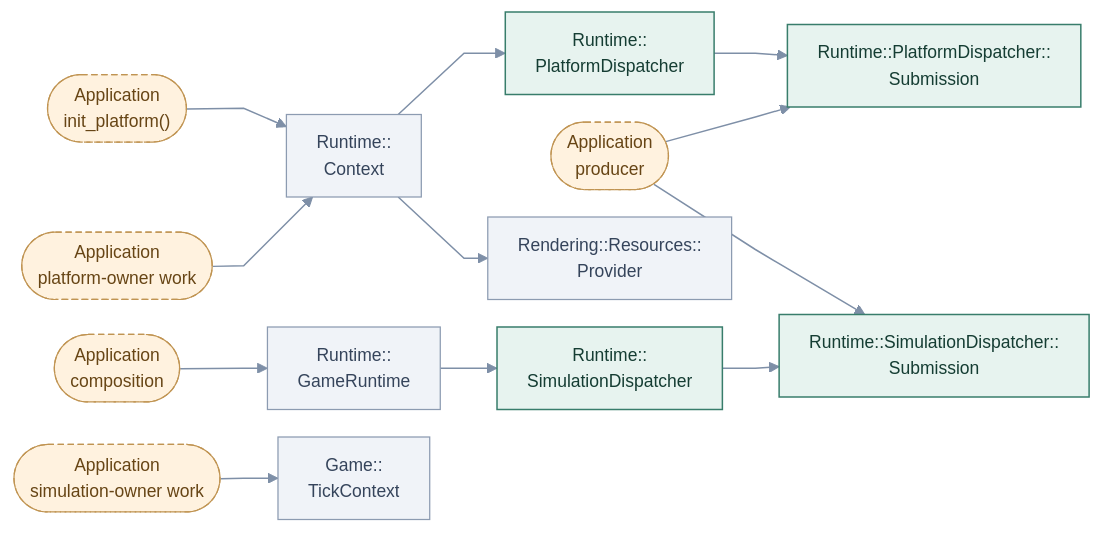
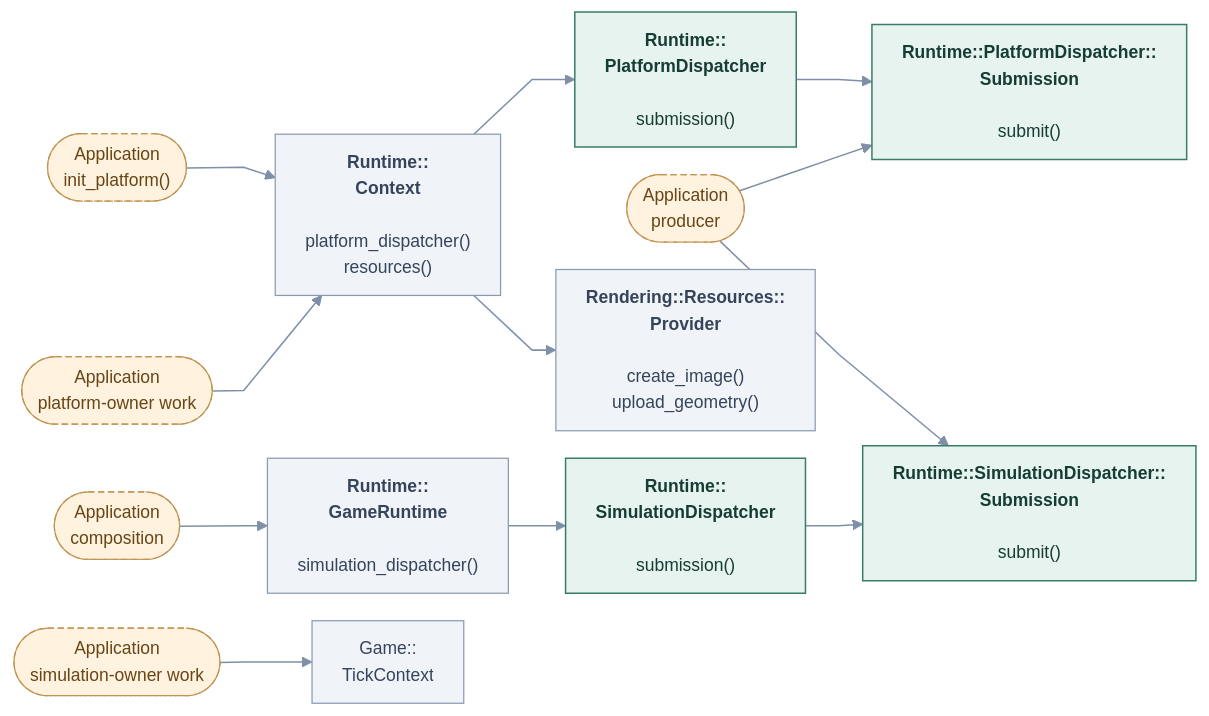
One commit to cppcooper/cheryl-engine changed the diagram in docs/site/engine-systems/diagrams/dispatch-application.mmd. Above: the diagram before and after it, drawn with Mermaid. The commit also changed 25 other files, not shown here.

First line of the commit message:
Adds public method entry points to application diagrams

```diff
--- a/docs/site/engine-systems/diagrams/dispatch-application.mmd
+++ b/docs/site/engine-systems/diagrams/dispatch-application.mmd
@@ -1,45 +1,45 @@
 ---
 config:
   theme: base
   themeVariables:
     fontFamily: system-ui, sans-serif
     fontSize: 14px
   flowchart:
     htmlLabels: true
     curve: linear
     nodeSpacing: 22
     rankSpacing: 38
     padding: 12
 ---
 flowchart LR
     accTitle: Dispatch · application owner requests
-    accDescr: Arrows point toward dependencies. Application roles are rounded; named API operations have rounded corners. Dashed arrows mark optional choices.
+    accDescr: Arrows point toward the API or type used, not call order or data flow. Methods beneath type names are selected application entry points; Implement hooks marks engine-invoked overrides. Dashed arrows mark optional choices.
     k0(["Application<br/>init_platform()"]):::app
-    k1["Runtime::<br/>Context"]:::neighbor
-    k2["Runtime::<br/>PlatformDispatcher"]:::focal
-    k3["Runtime::PlatformDispatcher::<br/>Submission"]:::focal
+    k1["<b>Runtime::<br/>Context</b><br/><br/>platform_dispatcher()<br/>resources()"]:::neighbor
+    k2["<b>Runtime::<br/>PlatformDispatcher</b><br/><br/>submission()"]:::focal
+    k3["<b>Runtime::PlatformDispatcher::<br/>Submission</b><br/><br/>submit()"]:::focal
     k4(["Application<br/>producer"]):::app
     k5(["Application<br/>platform-owner work"]):::app
-    k6["Rendering::Resources::<br/>Provider"]:::neighbor
+    k6["<b>Rendering::Resources::<br/>Provider</b><br/><br/>create_image()<br/>upload_geometry()"]:::neighbor
     k7(["Application<br/>composition"]):::app
-    k8["Runtime::<br/>GameRuntime"]:::neighbor
-    k9["Runtime::<br/>SimulationDispatcher"]:::focal
-    k10["Runtime::SimulationDispatcher::<br/>Submission"]:::focal
+    k8["<b>Runtime::<br/>GameRuntime</b><br/><br/>simulation_dispatcher()"]:::neighbor
+    k9["<b>Runtime::<br/>SimulationDispatcher</b><br/><br/>submission()"]:::focal
+    k10["<b>Runtime::SimulationDispatcher::<br/>Submission</b><br/><br/>submit()"]:::focal
     k11(["Application<br/>simulation-owner work"]):::app
     k12["Game::<br/>TickContext"]:::neighbor
     k0 --> k1
     k1 --> k2
     k2 --> k3
     k4 --> k3
     k5 --> k1
     k1 --> k6
     k7 --> k8
     k8 --> k9
     k9 --> k10
     k4 --> k10
     k11 --> k12
     classDef focal fill:#e7f3ef,stroke:#387d6b,color:#153d33,stroke-width:1.2px
     classDef neighbor fill:#f0f3f8,stroke:#8c9bb1,color:#35445b,stroke-width:1px
     classDef app fill:#fff2df,stroke:#c09452,color:#674515,stroke-dasharray:5 3
     classDef system fill:#eaf0fc,stroke:#617fab,color:#263f69,stroke-width:1.2px
     linkStyle default stroke:#7e8fa7,stroke-width:1.2px
```
